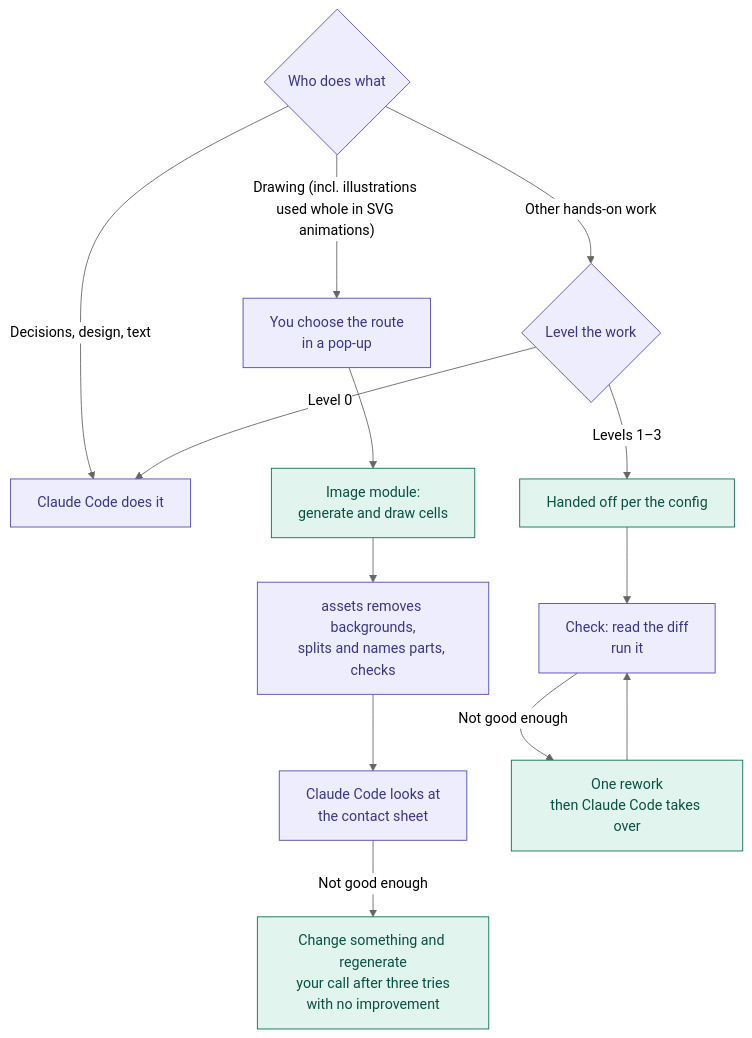
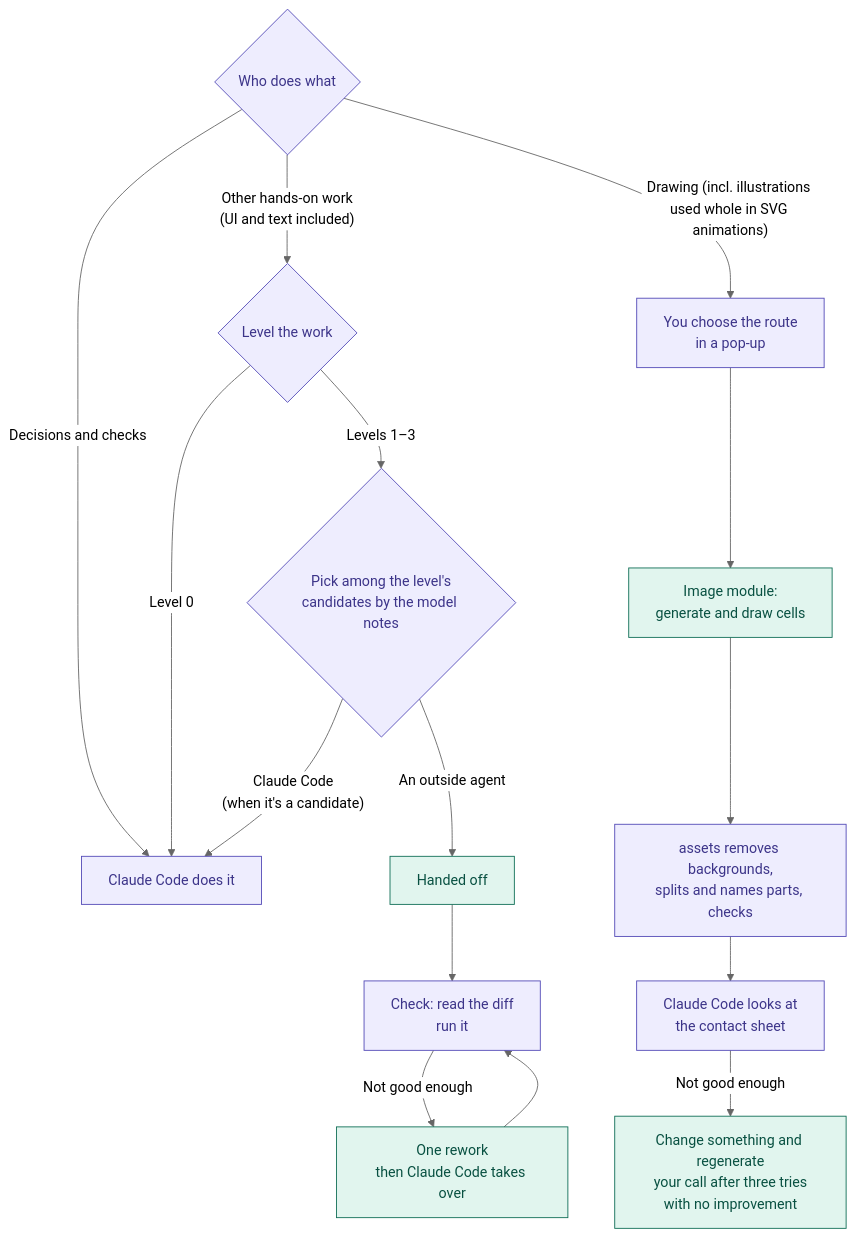
The third of 4 diagrams in README.md (DaydayupV/claude-foreman), drawn with Mermaid (neutral theme) before and after one commit. The commit also changed other lines of this file and 25 other files, not shown here.

First line of the commit message:
Docs: mixed run candidates and the model notes, in both plugins' skills and references, both setup skills, both READMEs and the design docs

````diff
--- a/README.md
+++ b/README.md
@@ -116,20 +116,22 @@
 ```mermaid
 flowchart TD
-    r0{"Who does what"} -- "Decisions, design, text" --> rself["Claude Code does it"]
+    r0{"Who does what"} -- "Decisions and checks" --> rself["Claude Code does it"]
     r0 -- "Drawing (incl. illustrations used whole in SVG animations)" --> rroute["You choose the route<br/>in a pop-up"]
     rroute --> rimg["Image module:<br/>generate and draw cells"]
-    r0 -- "Other hands-on work" --> rlevel{"Level the work"}
+    r0 -- "Other hands-on work<br/>(UI and text included)" --> rlevel{"Level the work"}
     rlevel -- "Level 0" --> rself
-    rlevel -- "Levels 1–3" --> rrun["Handed off per the config"]
+    rlevel -- "Levels 1–3" --> rpick{"Pick among the level's<br/>candidates by the model notes"}
+    rpick -- "Claude Code<br/>(when it's a candidate)" --> rself
+    rpick -- "An outside agent" --> rrun["Handed off"]
     rrun --> rcheck["Check: read the diff<br/>run it"]
     rimg --> rasset["assets removes backgrounds,<br/>splits and names parts, checks"]
     rasset --> rimgcheck["Claude Code looks at<br/>the contact sheet"]
     rimgcheck -- "Not good enough" --> rimgredo["Change something and regenerate<br/>your call after three tries<br/>with no improvement"]
     rcheck -- "Not good enough" --> rrework["One rework<br/>then Claude Code takes over"]
     rrework --> rcheck
 
     classDef claude fill:#EEEDFE,stroke:#534AB7,color:#3C3489
     classDef agent fill:#E1F5EE,stroke:#0F6E56,color:#085041
-    class r0,rself,rroute,rlevel,rcheck,rasset,rimgcheck claude
+    class r0,rself,rroute,rlevel,rpick,rcheck,rasset,rimgcheck claude
     class rimg,rrun,rrework,rimgredo agent
 ```
````
